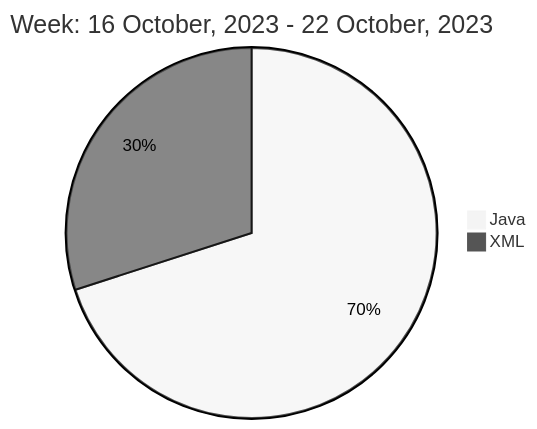
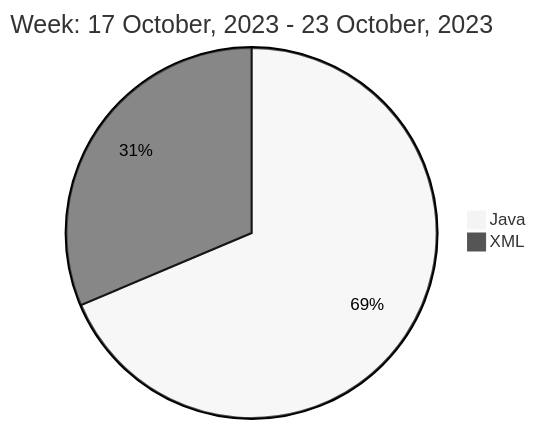
Before and after one commit to liubin95/liubin95: the diagram in README.md, drawn with Mermaid (neutral theme).

Commit message:
Updated the Graph with new Metrics

````diff
--- a/README.md
+++ b/README.md
@@ -40,6 +40,6 @@
 ```mermaid
  pie
-title Week: 16 October, 2023 - 22 October, 2023
- "Java" : 7.2
- "XML" : 3.08
+title Week: 17 October, 2023 - 23 October, 2023
+ "Java" : 7.07
+ "XML" : 3.23
 ```
````
